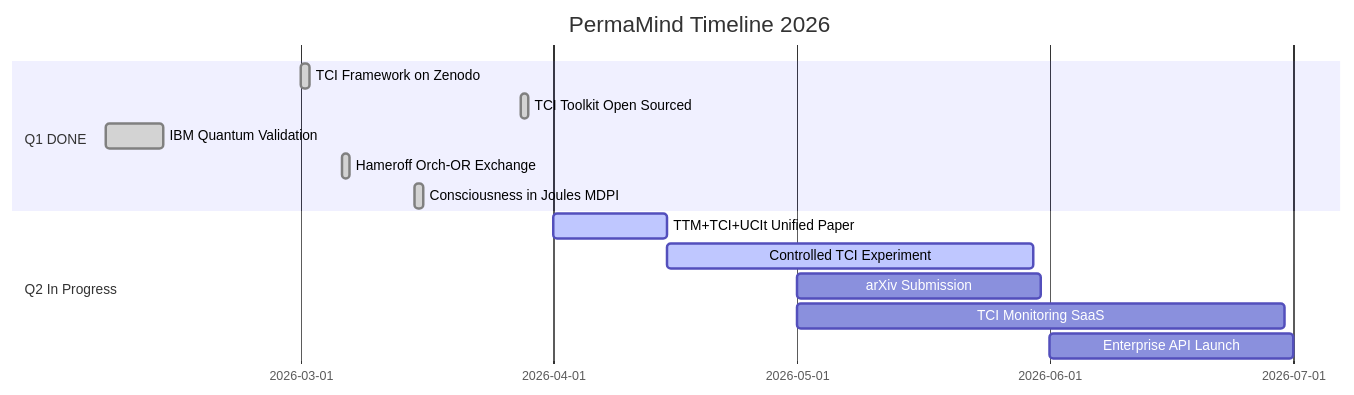
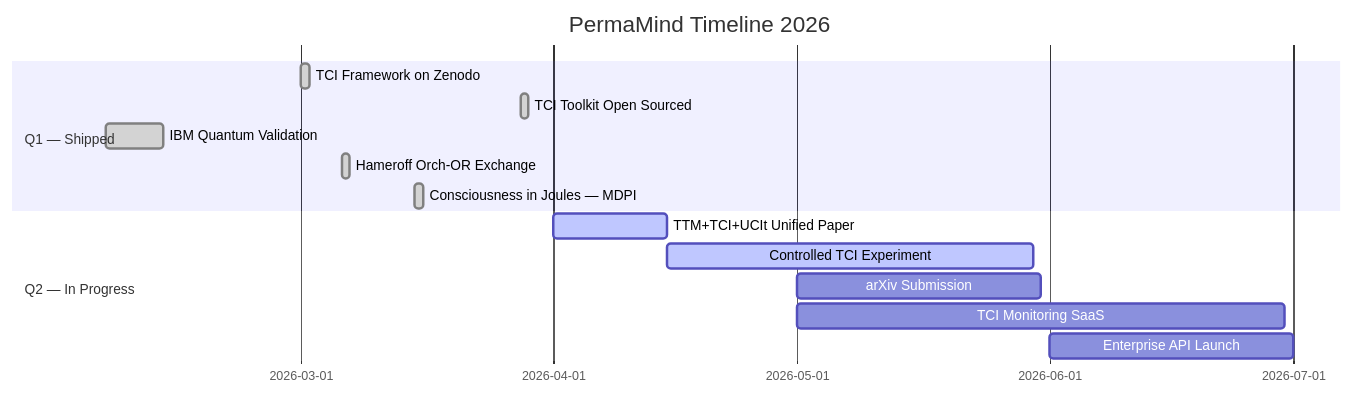
Before and after one commit to hustle-rent-due/hustle-rent-due: the second of 2 diagrams in README.md, drawn with Mermaid. The commit also changed other lines of this file, not shown here.

````diff
--- a/README.md
+++ b/README.md
@@ -432,17 +357,17 @@
 ```mermaid
 gantt
     title PermaMind Timeline 2026
     dateFormat YYYY-MM-DD
-    section Q1 DONE
+    section Q1 — Shipped
     TCI Framework on Zenodo        :done, 2026-03-01, 1d
     TCI Toolkit Open Sourced       :done, 2026-03-28, 1d
     IBM Quantum Validation         :done, 2026-02-05, 7d
     Hameroff Orch-OR Exchange      :done, 2026-03-06, 1d
-    Consciousness in Joules MDPI   :done, 2026-03-15, 1d
-    section Q2 In Progress
+    Consciousness in Joules — MDPI :done, 2026-03-15, 1d
+    section Q2 — In Progress
     TTM+TCI+UCIt Unified Paper     :active, 2026-04-01, 14d
     Controlled TCI Experiment      :active, 2026-04-15, 45d
     arXiv Submission               :2026-05-01, 30d
     TCI Monitoring SaaS            :2026-05-01, 60d
     Enterprise API Launch          :2026-06-01, 30d
 ```
````
